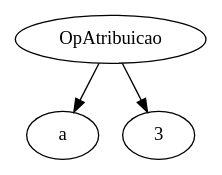
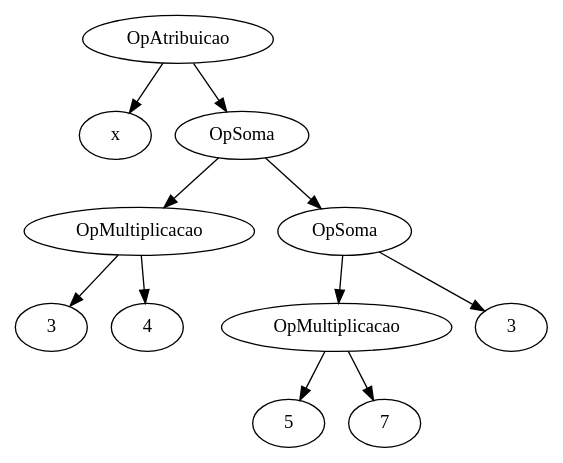
Before and after one commit to k4t0mono/tp-compiladores: the diagram in arvore.dot, drawn with Graphviz. The commit also changed 8 other files, not shown here.

```diff
--- a/arvore.dot
+++ b/arvore.dot
@@ -1,10 +1,26 @@
 digraph {
 
 	0 [label="OpAtribuicao"]
-	1 [label="a"]
-	2 [label="3"]
+	1 [label="x"]
+	2 [label="OpSoma"]
+	3 [label="OpMultiplicacao"]
+	4 [label="3"]
+	5 [label="4"]
+	6 [label="OpSoma"]
+	7 [label="OpMultiplicacao"]
+	8 [label="5"]
+	9 [label="7"]
+	10 [label="3"]
 
 	0 -> 1
 	0 -> 2
+	2 -> 3
+	3 -> 4
+	3 -> 5
+	2 -> 6
+	6 -> 7
+	7 -> 8
+	7 -> 9
+	6 -> 10
 
 }
```
